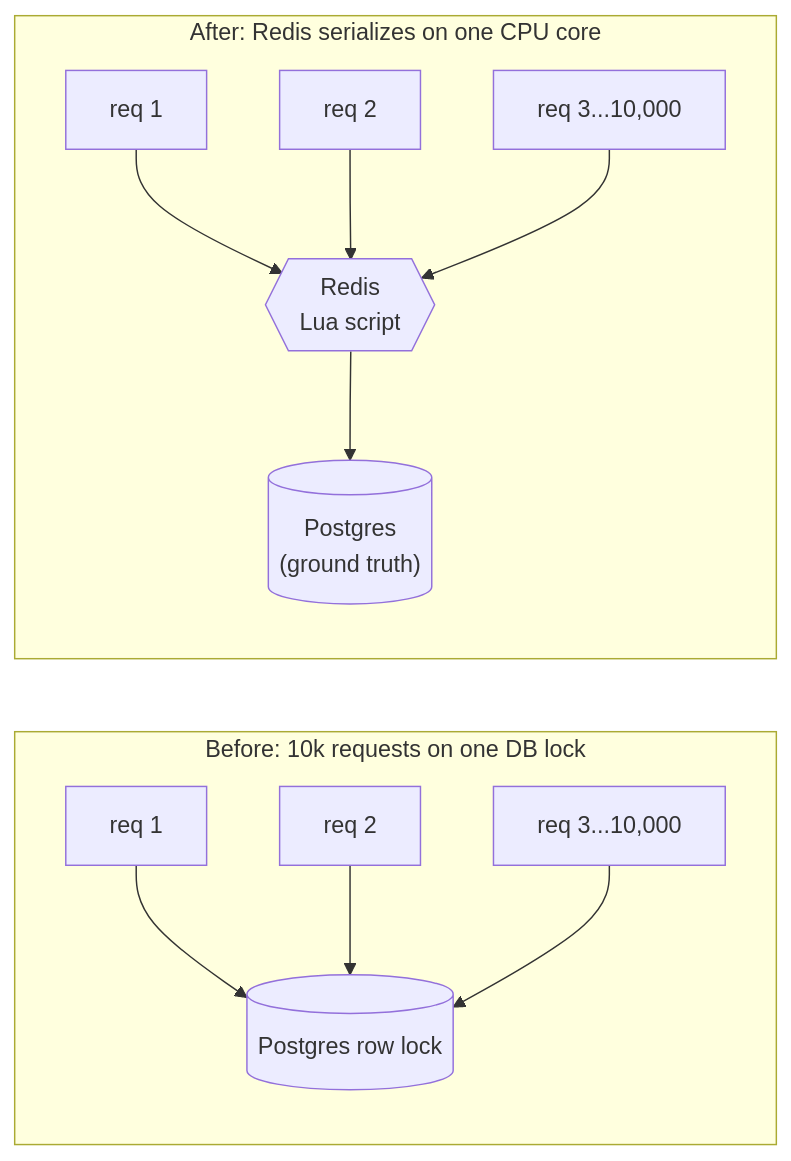
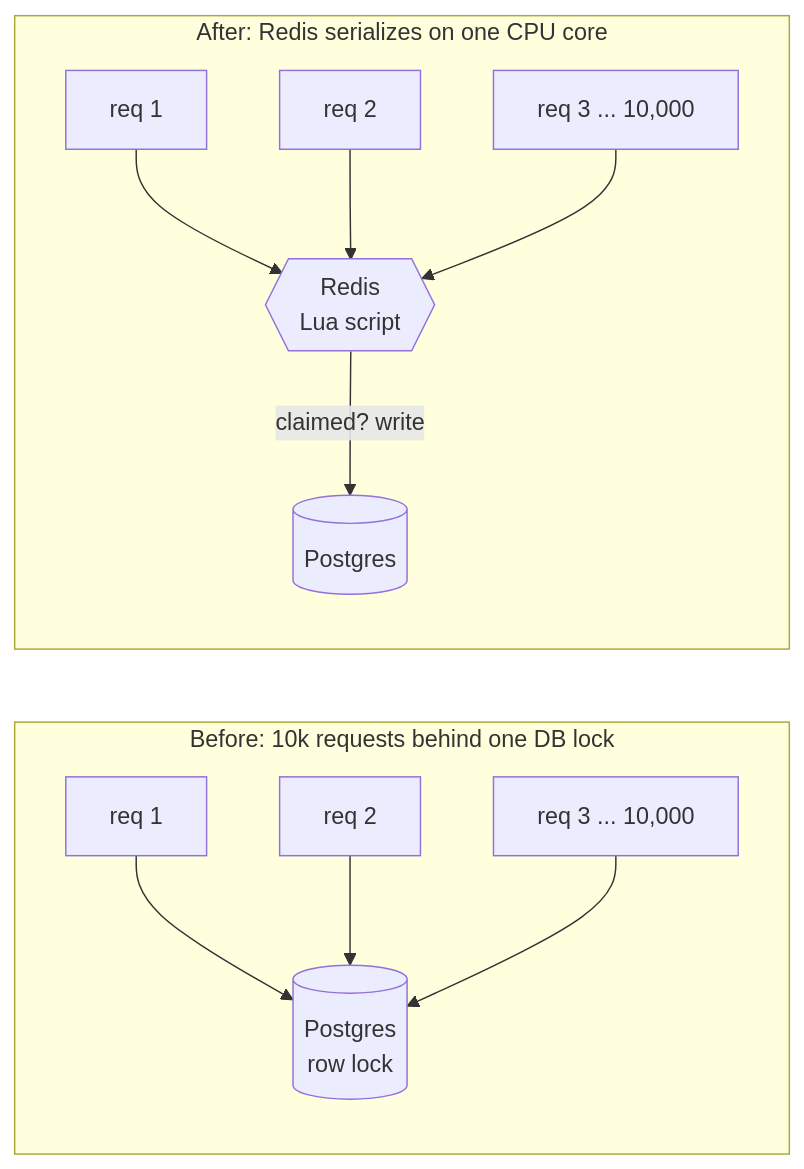
One commit to shiningflash/shiningflash.github.io changed the fourth of 15 diagrams in _practice/system-design/014-coupon-redemption.md. Above: the diagram before and after it, drawn with Mermaid. The commit also changed other lines of this file and 18 other files, not shown here.

````diff
--- a/_practice/system-design/014-coupon-redemption.md
+++ b/_practice/system-design/014-coupon-redemption.md
@@ -201,14 +173,14 @@
 ```mermaid
 flowchart LR
-    subgraph Before["Before: 10k requests on one DB lock"]
-        B1[req 1] --> Lock[("Postgres row lock")]
+    subgraph Before["Before: 10k requests behind one DB lock"]
+        B1[req 1] --> Lock[("Postgres<br/>row lock")]
         B2[req 2] --> Lock
-        B3["req 3...10,000"] --> Lock
+        B3["req 3 ... 10,000"] --> Lock
     end
     subgraph After["After: Redis serializes on one CPU core"]
         A1[req 1] --> Lua{{"Redis<br/>Lua script"}}
         A2[req 2] --> Lua
-        A3["req 3...10,000"] --> Lua
-        Lua --> DB2[("Postgres<br/>(ground truth)")]
+        A3["req 3 ... 10,000"] --> Lua
+        Lua -->|"claimed? write"| DB2[("Postgres")]
     end
 ```
````
